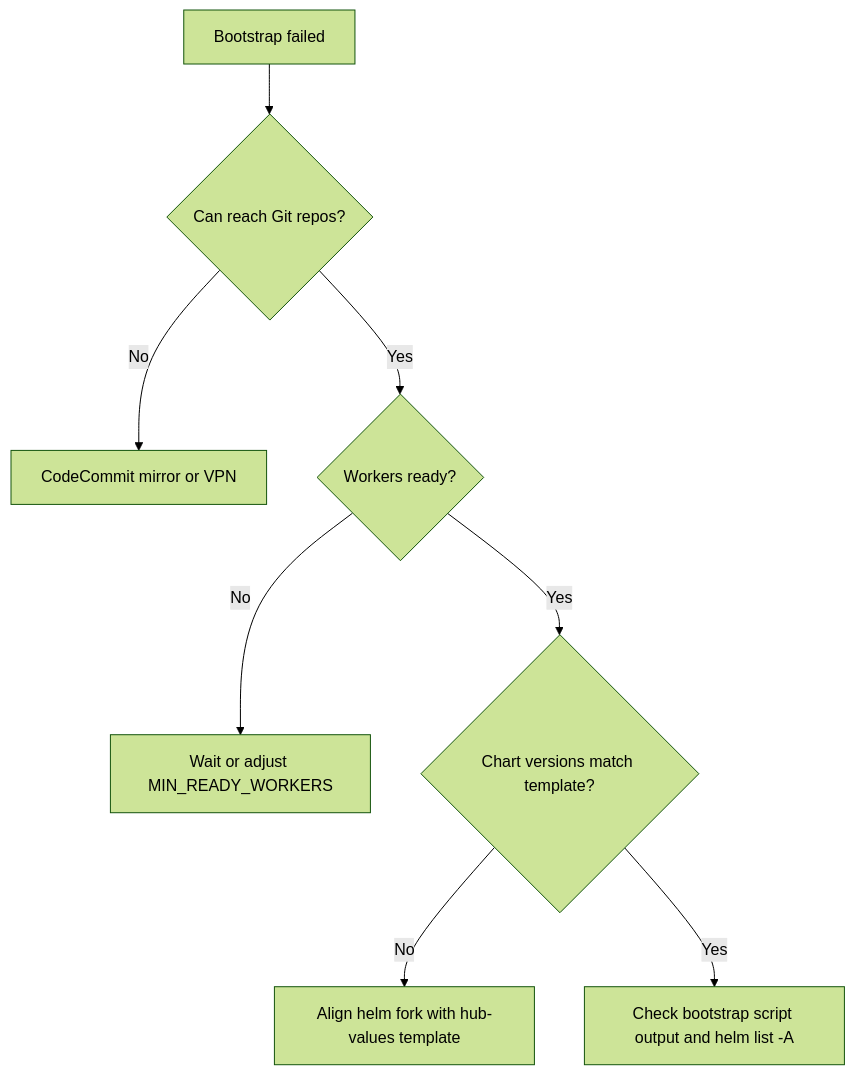
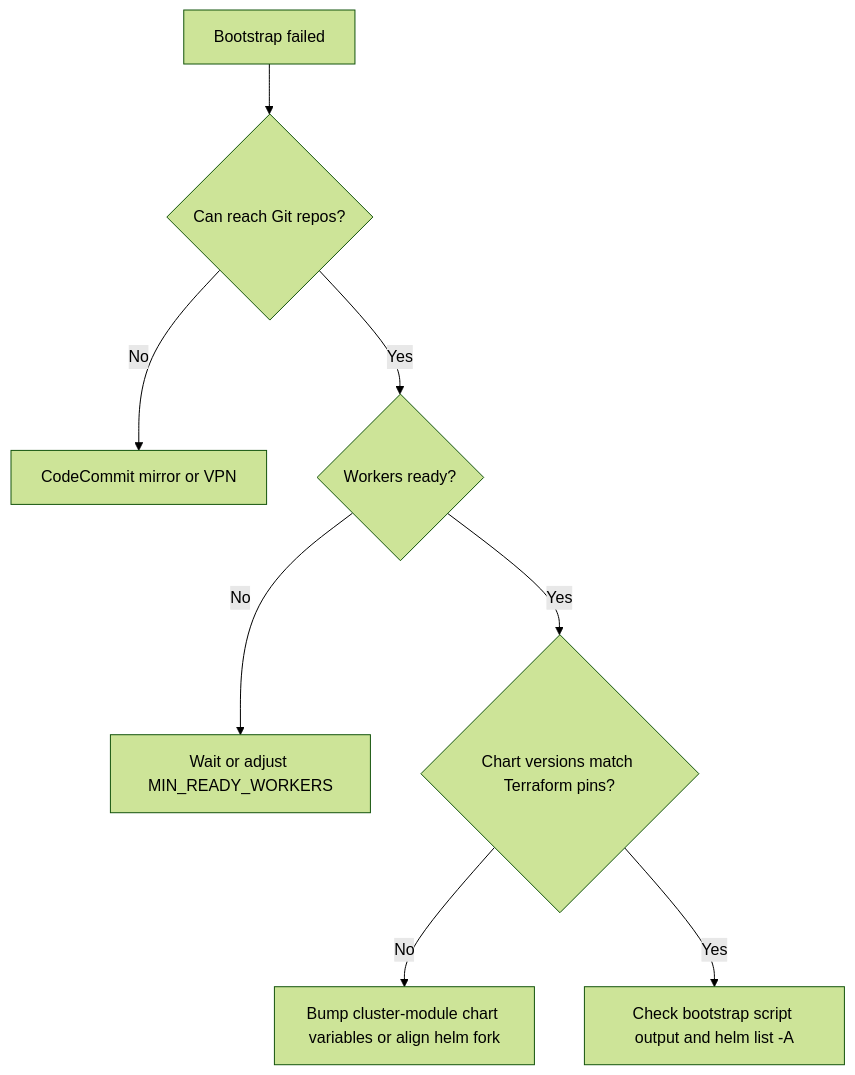
One commit to rh-mobb/validated-pattern-terraform-rosa changed diagram 25 of 25 in docs/deployment/enablement.md. Above: the diagram before and after it, drawn with Mermaid (forest theme). The commit also changed other lines of this file and 23 other files, not shown here.

````diff
--- a/docs/deployment/enablement.md
+++ b/docs/deployment/enablement.md
@@ -886,11 +904,11 @@
 ```mermaid
 flowchart TD
   Failed[Bootstrap failed]
   Failed --> ReachGit{Can reach Git repos?}
   ReachGit -->|No| EgressFix[CodeCommit mirror or VPN]
   ReachGit -->|Yes| WorkersReady{Workers ready?}
   WorkersReady -->|No| WaitFix[Wait or adjust MIN_READY_WORKERS]
-  WorkersReady -->|Yes| ChartMatch{Chart versions match template?}
-  ChartMatch -->|No| PinFix[Align helm fork with hub-values template]
+  WorkersReady -->|Yes| ChartMatch{Chart versions match Terraform pins?}
+  ChartMatch -->|No| PinFix[Bump cluster-module chart variables or align helm fork]
   ChartMatch -->|Yes| CheckLogs[Check bootstrap script output and helm list -A]
 ```
````
